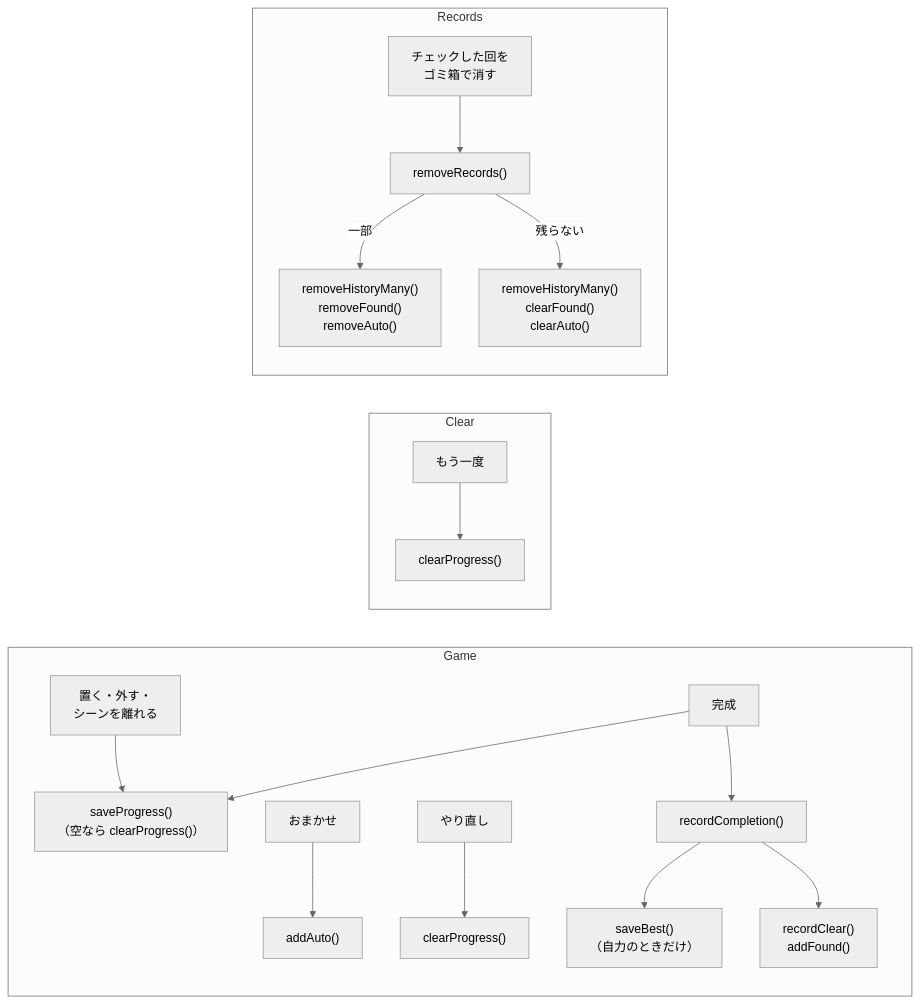
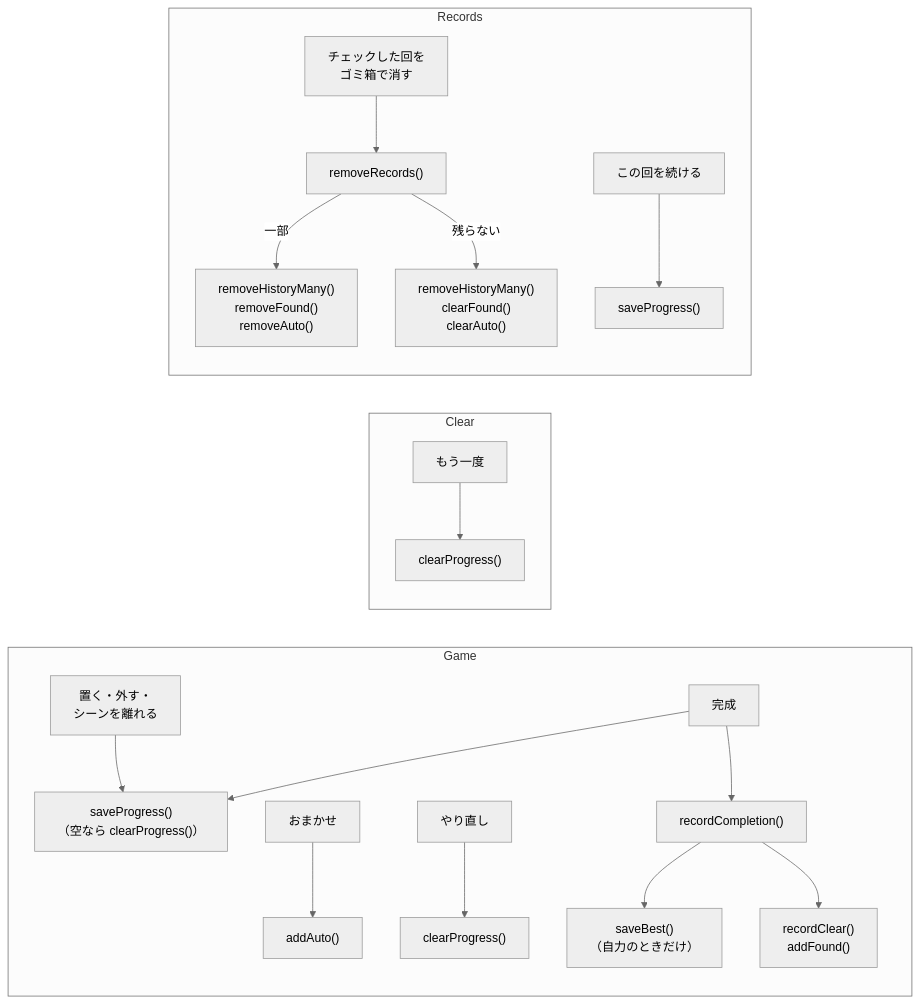
One commit to ytani01/pentomino-puzzle changed the third of 3 diagrams in docs/developer.md. Above: the diagram before and after it, drawn with Mermaid (neutral theme). The commit also changed other lines of this file and 23 other files, not shown here.

````diff
--- a/docs/developer.md
+++ b/docs/developer.md
@@ -429,20 +438,21 @@
 ```mermaid
 flowchart LR
   subgraph Game
     G1["置く・外す・<br>シーンを離れる"] --> P["saveProgress()<br>（空なら clearProgress()）"]
     G2["おまかせ"] --> A["addAuto()"]
     G3["やり直し"] --> C["clearProgress()"]
     G4["完成"] --> RC["recordCompletion()"]
     RC --> B["saveBest()<br>（自力のときだけ）"]
     RC --> H["recordClear()<br>addFound()"]
     G4 --> P
   end
   subgraph Clear
     K["もう一度"] --> C2["clearProgress()"]
   end
   subgraph Records
     R1["チェックした回を<br>ゴミ箱で消す"] --> RM["removeRecords()"]
     RM -- "一部" --> RP["removeHistoryMany()<br>removeFound()<br>removeAuto()"]
     RM -- "残らない" --> CL["removeHistoryMany()<br>clearFound()<br>clearAuto()"]
+    R2["この回を続ける"] --> RS["saveProgress()"]
   end
 ```
````
